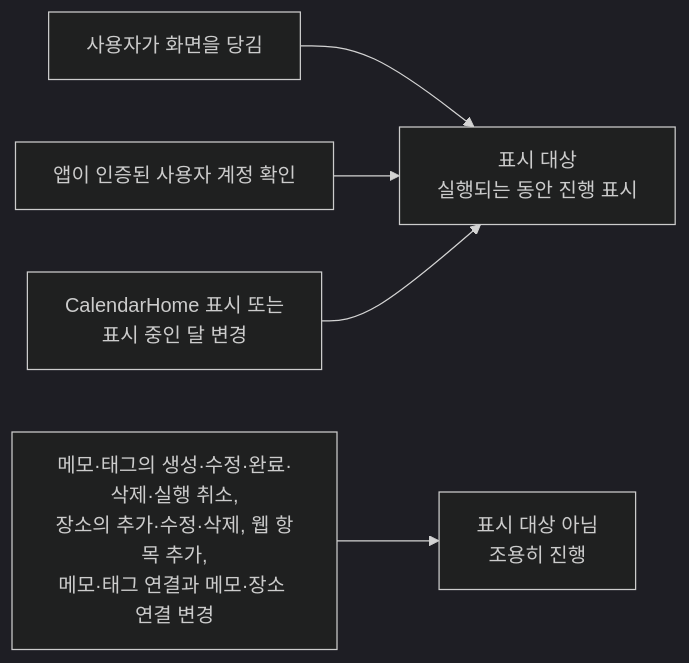
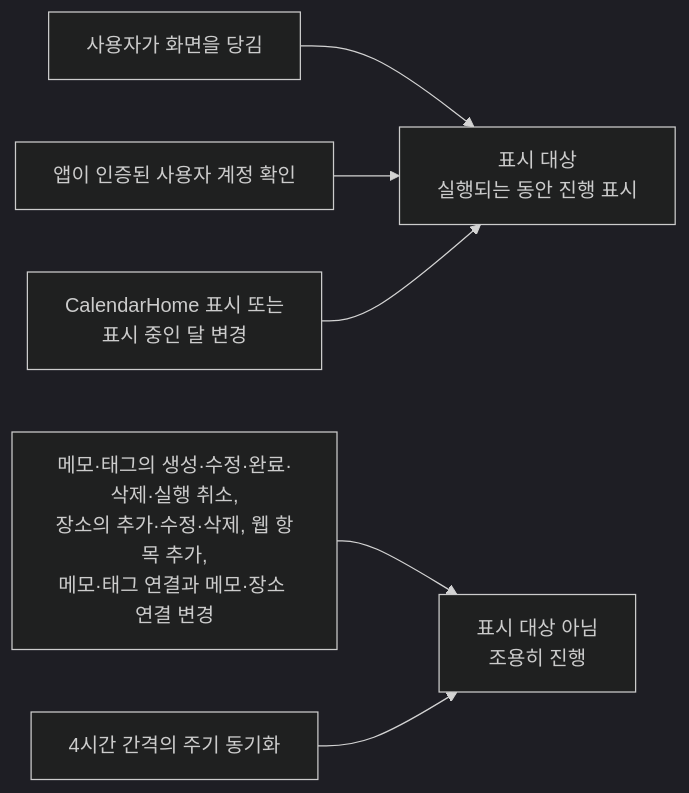
The diagram in docs/spec/sync-refresh.md (taetae98coding/DiaryKMP), drawn with Mermaid (dark theme) before and after one commit. The commit also changed other lines of this file and 3 other files, not shown here.

````diff
--- a/docs/spec/sync-refresh.md
+++ b/docs/spec/sync-refresh.md
@@ -76,10 +76,11 @@
 ```mermaid
 flowchart LR
     pull["사용자가 화면을 당김"] --> show
     account["앱이 인증된 사용자 계정 확인"] --> show
     calendar["CalendarHome 표시 또는<br/>표시 중인 달 변경"] --> show
     edit["메모·태그의 생성·수정·완료·삭제·실행 취소,<br/>장소의 추가·수정·삭제, 웹 항목 추가,<br/>메모·태그 연결과 메모·장소 연결 변경"] --> hide
+    periodic["4시간 간격의 주기 동기화"] --> hide
 
     show["표시 대상<br/>실행되는 동안 진행 표시"]
     hide["표시 대상 아님<br/>조용히 진행"]
 ```
````
